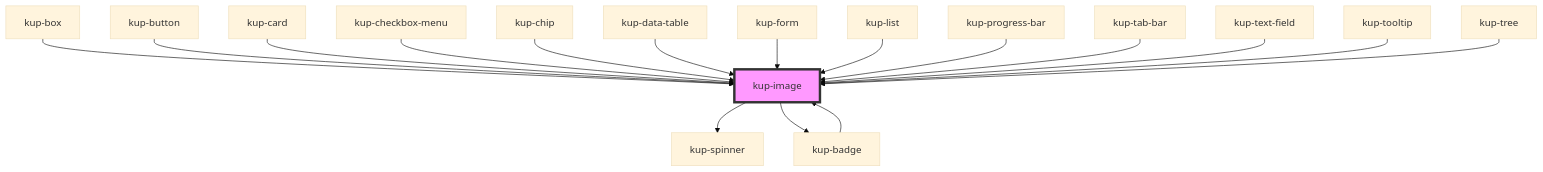
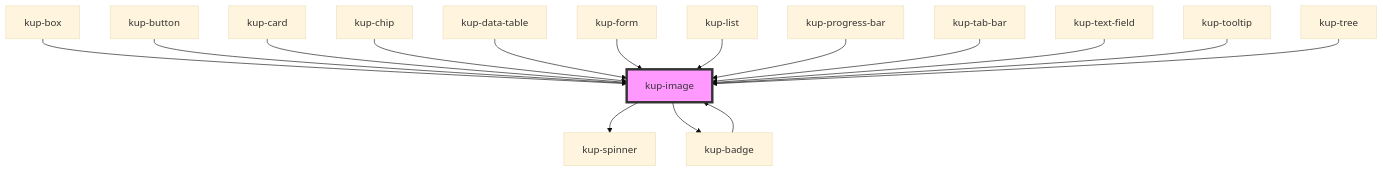
Before and after one commit to smeup/ketchup: the diagram in packages/ketchup/src/components/kup-image/readme.md, drawn with Mermaid (base theme). The commit also changed other lines of this file and 16 other files, not shown here.

Commit message:
Remove kup-menu and kup-checkbox-menu drafts from library and showcase.

````diff
--- a/packages/ketchup/src/components/kup-image/readme.md
+++ b/packages/ketchup/src/components/kup-image/readme.md
@@ -67,20 +66,19 @@
 ```mermaid
 graph TD;
   kup-image --> kup-spinner
   kup-image --> kup-badge
   kup-badge --> kup-image
   kup-box --> kup-image
   kup-button --> kup-image
   kup-card --> kup-image
-  kup-checkbox-menu --> kup-image
   kup-chip --> kup-image
   kup-data-table --> kup-image
   kup-form --> kup-image
   kup-list --> kup-image
   kup-progress-bar --> kup-image
   kup-tab-bar --> kup-image
   kup-text-field --> kup-image
   kup-tooltip --> kup-image
   kup-tree --> kup-image
   style kup-image fill:#f9f,stroke:#333,stroke-width:4px
 ```
````
